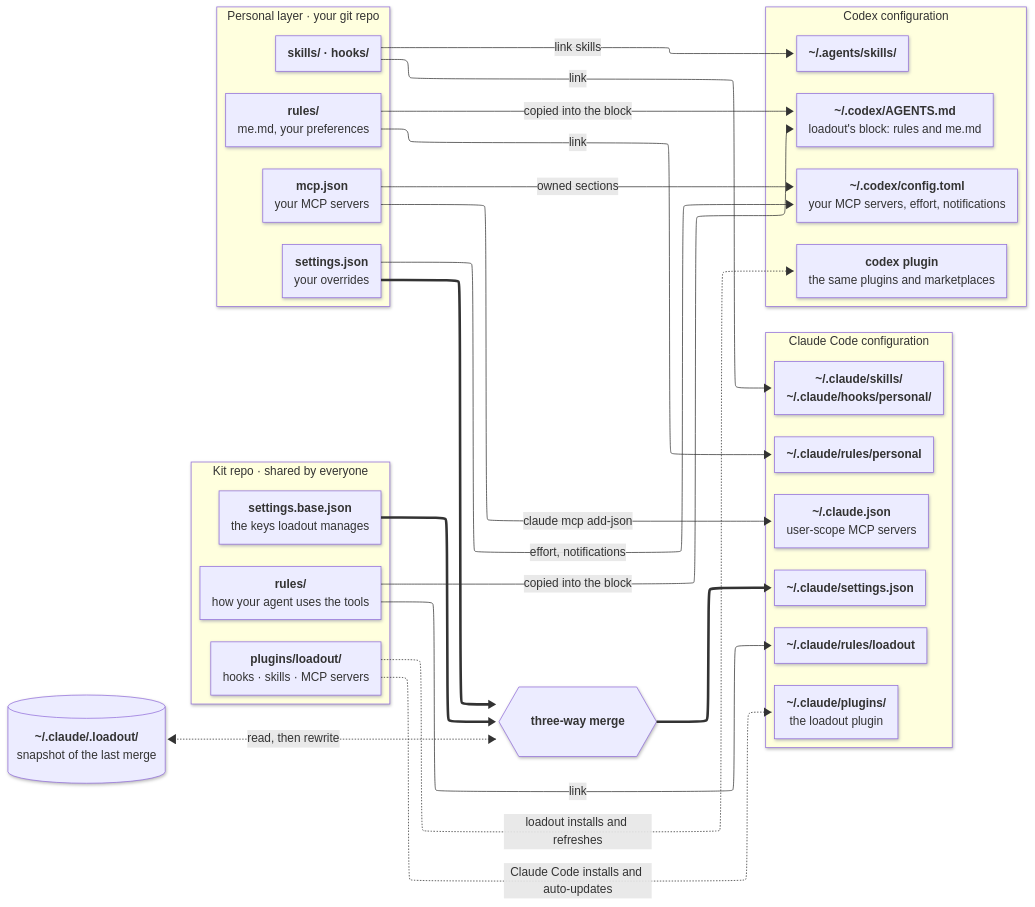
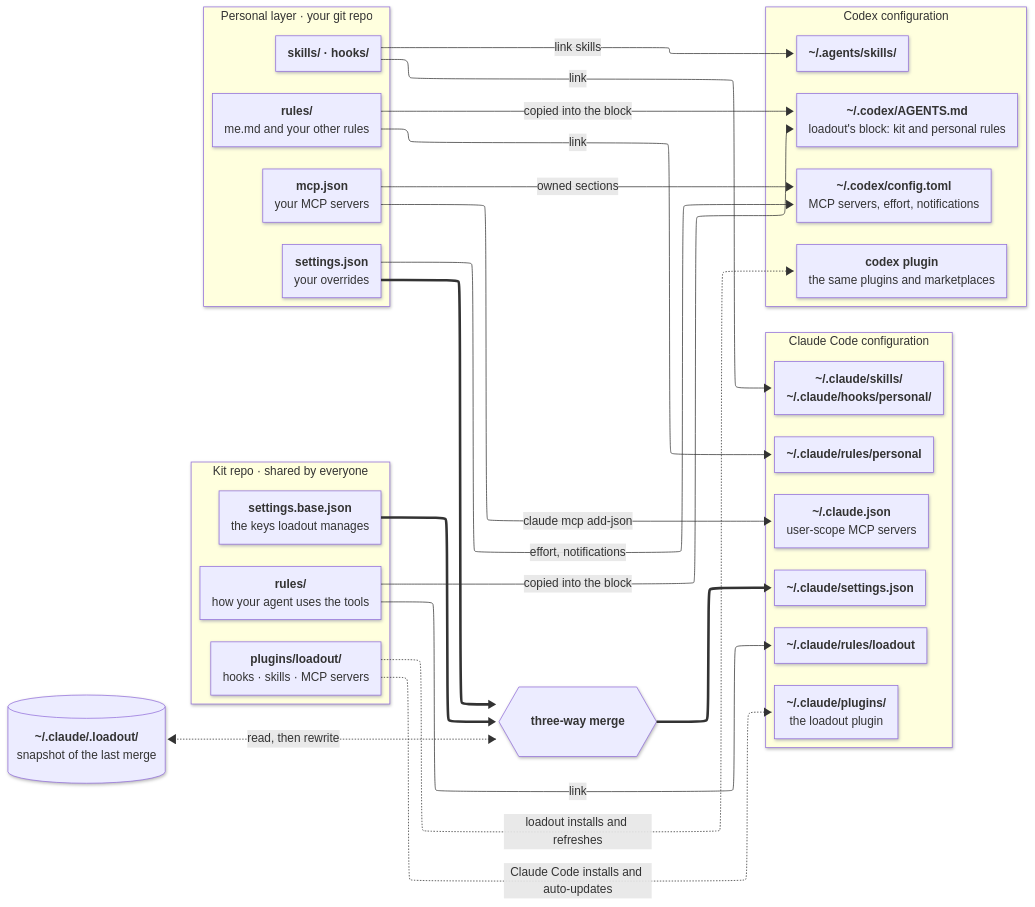
The diagram in docs/diagrams/architecture-overview.mmd (jonasyr/agent-loadout), drawn with Mermaid before and after one commit. The commit also changed 39 other files, not shown here.

```diff
--- a/docs/diagrams/architecture-overview.mmd
+++ b/docs/diagrams/architecture-overview.mmd
@@ -1,88 +1,88 @@
 ---
 config:
   look: neo
   layout: elk
   flowchart:
     curve: basis
     nodeSpacing: 24
     rankSpacing: 80
     wrappingWidth: 320
 ---
 flowchart LR
   subgraph KIT["Kit repo · shared by everyone"]
     direction TB
     kPlugin["`**plugins/loadout/**
     hooks · skills · MCP servers`"]
     kRules["`**rules/**
     how your agent uses the tools`"]
     kBase["`**settings.base.json**
     the keys loadout manages`"]
   end
 
   subgraph PER["Personal layer · your git repo"]
     direction TB
     pRules["`**rules/**
-    me.md, your preferences`"]
+    me.md and your other rules`"]
     pSkills["`**skills/ · hooks/**`"]
     pSet["`**settings.json**
     your overrides`"]
     pMcp["`**mcp.json**
     your MCP servers`"]
   end
 
   merge{{"`**three-way merge**`"}}
   snap[("`**~/.claude/.loadout/**
   snapshot of the last merge`")]
 
   subgraph CC["Claude Code configuration"]
     direction TB
     cPlugin["`**~/.claude/plugins/**
     the loadout plugin`"]
     cRulesK["`**~/.claude/rules/loadout**`"]
     cRulesP["`**~/.claude/rules/personal**`"]
     cSkills["`**~/.claude/skills/**
     **~/.claude/hooks/personal/**`"]
     cSet["`**~/.claude/settings.json**`"]
     cMcp["`**~/.claude.json**
     user-scope MCP servers`"]
   end
 
   subgraph CX["Codex configuration"]
     direction TB
     xPlugin["`**codex plugin**
     the same plugins and marketplaces`"]
     xAgents["`**~/.codex/AGENTS.md**
-    loadout's block: rules and me.md`"]
+    loadout's block: kit and personal rules`"]
     xConf["`**~/.codex/config.toml**
-    your MCP servers, effort, notifications`"]
+    MCP servers, effort, notifications`"]
     xSkills["`**~/.agents/skills/**`"]
   end
 
   kPlugin -. "Claude Code installs and auto-updates" .-> cPlugin
   kRules -- link --> cRulesK
   pRules -- link --> cRulesP
   pSkills -- link --> cSkills
   kBase e4@==> merge
   pSet e5@==> merge
   snap <-. "read, then rewrite" .-> merge
   merge e7@==> cSet
   pMcp -- "claude mcp add-json" --> cMcp
   kPlugin -. "loadout installs and refreshes" .-> xPlugin
   kRules -- "copied into the block" --> xAgents
   pRules -- "copied into the block" --> xAgents
   pSkills -- "link skills" --> xSkills
   pMcp -- "owned sections" --> xConf
   pSet -- "effort, notifications" --> xConf
 
   class kPlugin,kRules,kBase kit
   class pRules,pSkills,pSet,pMcp personal
   class cPlugin,cRulesK,cRulesP,cSkills,cSet,cMcp claude
   class merge engine
   class snap state
   class KIT kitGroup
   class PER personalGroup
   class CC claudeGroup
   class xPlugin,xAgents,xConf,xSkills codex
   class CX codexGroup
   class e4,e5,e7 emph
 %% palette
```
